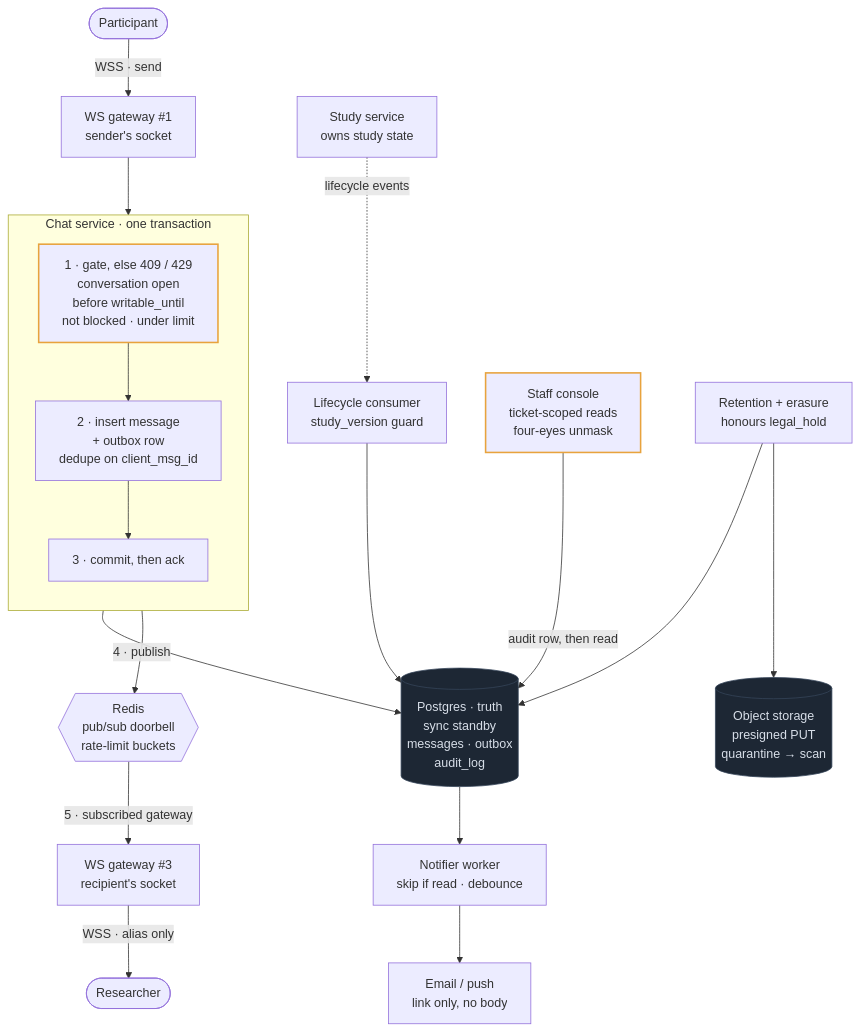
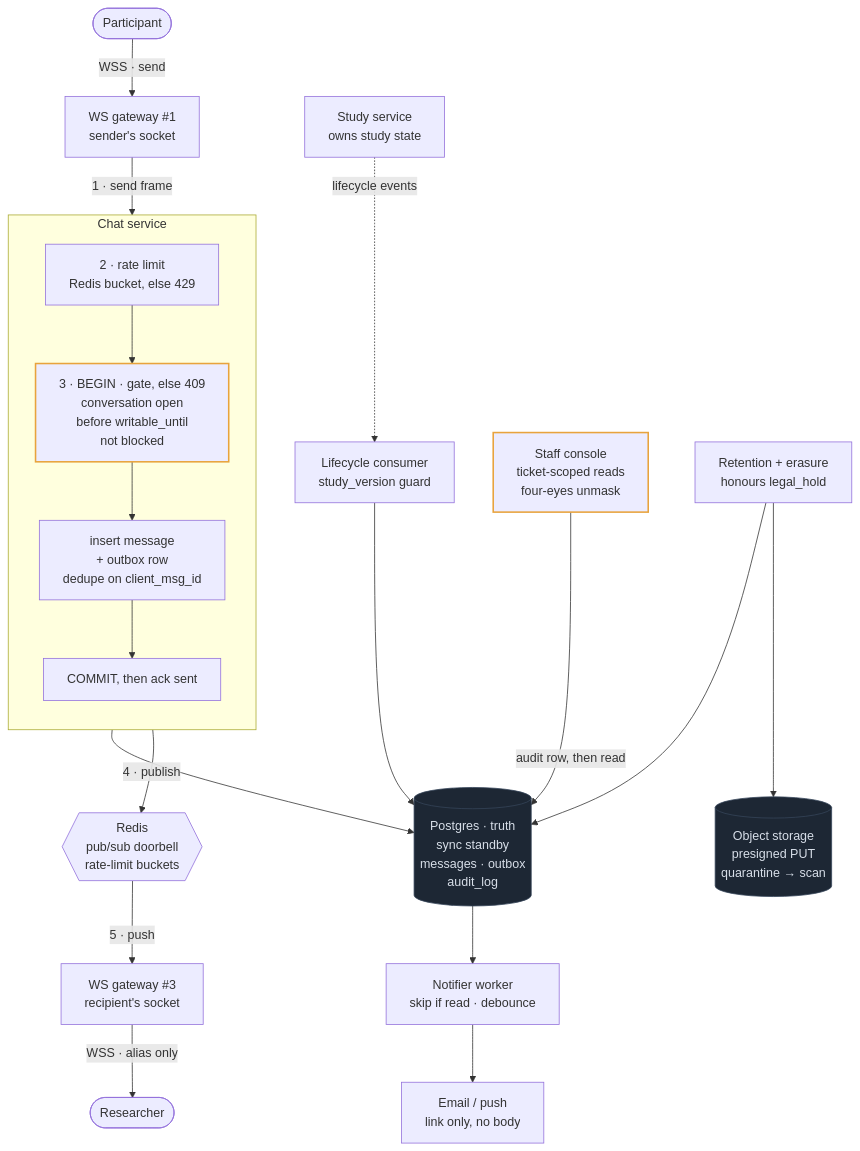
One commit to mertkahyaoglu/atlas changed the diagram in content/designs/16-researcher-participant-chat.md. Above: the diagram before and after it, drawn with Mermaid. The commit also changed other lines of this file, not shown here.

Commit message:
Align design 16 diagram steps with its text
The Mermaid diagram put the Redis rate-limit check inside the send
transaction and numbered its steps differently from the plain-text
diagram. Split the rate limit into its own step before the transaction,
number both diagrams the same way (send frame, rate limit, transaction,
publish, push), fix the gate tooltip, and match the walkthrough steps.

````diff
--- a/content/designs/16-researcher-participant-chat.md
+++ b/content/designs/16-researcher-participant-chat.md
@@ -193,43 +193,45 @@
 ```mermaid
 flowchart TB
     P([Participant]) -- "WSS · send" --> GWA["WS gateway #1<br/>sender's socket"]
-    GWA --> Gate
+    GWA -- "1 · send frame" --> Limit
 
-    subgraph SEND ["Chat service · one transaction"]
+    subgraph SEND ["Chat service"]
         direction TB
-        Gate["1 · gate, else 409 / 429<br/>conversation open<br/>before writable_until<br/>not blocked · under limit"]
-        Write["2 · insert message<br/>+ outbox row<br/>dedupe on client_msg_id"]
-        Ack["3 · commit, then ack"]
-        Gate --> Write --> Ack
+        Limit["2 · rate limit<br/>Redis bucket, else 429"]
+        Gate["3 · BEGIN · gate, else 409<br/>conversation open<br/>before writable_until<br/>not blocked"]
+        Write["insert message<br/>+ outbox row<br/>dedupe on client_msg_id"]
+        Ack["COMMIT, then ack sent"]
+        Limit --> Gate --> Write --> Ack
     end
 
     Study["Study service<br/>owns study state"] -. "lifecycle events" .-> Consumer["Lifecycle consumer<br/>study_version guard"]
     Consumer --> PG
     Write --> PG[("Postgres · truth<br/>sync standby<br/>messages · outbox<br/>audit_log")]
 
     Ack -- "4 · publish" --> Redis{{"Redis<br/>pub/sub doorbell<br/>rate-limit buckets"}}
-    Redis -- "5 · subscribed gateway" --> GWB["WS gateway #3<br/>recipient's socket"]
+    Redis -- "5 · push" --> GWB["WS gateway #3<br/>recipient's socket"]
     GWB -- "WSS · alias only" --> R([Researcher])
 
     PG --> Notifier["Notifier worker<br/>skip if read · debounce"]
     Notifier --> Email["Email / push<br/>link only, no body"]
 
     Staff["Staff console<br/>ticket-scoped reads<br/>four-eyes unmask"] -- "audit row, then read" --> PG
     Retention["Retention + erasure<br/>honours legal_hold"] --> PG
     Retention --> Obj[("Object storage<br/>presigned PUT<br/>quarantine → scan")]
 
     classDef store fill:#1d2734,stroke:#35455a,color:#d7dee8
     classDef hot stroke:#e8a33d,stroke-width:2px
     class PG,Obj store
     class Gate,Staff hot
 
     click GWA href "/docs/07-apis-and-communication" "Role: holds the sender's socket and forwards frames to the chat service.<br/>Trade-off: stateful, but three nodes with a spare is the whole scaling story here."
-    click Gate href "/docs/03-consistency-and-distributed-systems" "Role: checks study state, blocks and rate limits in the same transaction as the insert.<br/>Trade-off: state is materialized from events, so a study closure lands a few seconds late."
+    click Limit href "/docs/07-apis-and-communication" "Role: rejects a sender whose token bucket is empty, before any database work.<br/>Trade-off: one Redis round trip per send, and a Redis outage forces a fail-open or fail-closed choice."
+    click Gate href "/docs/03-consistency-and-distributed-systems" "Role: checks conversation state and blocks inside the send transaction, before the insert.<br/>Trade-off: state is materialized from events, so a study closure lands a few seconds late."
     click PG href "/docs/02-data-storage" "Role: source of truth for conversations, messages, the outbox and the audit log.<br/>Trade-off: the synchronous standby adds a little commit latency so failover never loses an acked message."
     click Redis href "/docs/05-async-messaging-and-event-driven" "Role: rings the recipient's gateway after commit and holds rate-limit buckets.<br/>Trade-off: pub/sub drops publishes nobody hears, so clients resync from Postgres on reconnect."
     click Consumer href "/docs/05-async-messaging-and-event-driven" "Role: turns study lifecycle events into conversation state.<br/>Trade-off: events repeat and reorder, so every update is guarded by study_version."
     click Notifier href "/docs/03-consistency-and-distributed-systems" "Role: drains the transactional outbox into debounced email and push.<br/>Trade-off: at-least-once, so a crash mid-send can produce a duplicate email."
     click Obj href "/docs/09-specialized-building-blocks" "Role: attachment bytes, quarantined until scanned and served through short-lived URLs.<br/>Trade-off: scanning delays an attachment's appearance by a few seconds."
     click Staff href "/docs/08-reliability-and-operations" "Role: ticket-scoped support access and audited unmasking.<br/>Trade-off: reads fail closed if the audit write fails, choosing consistency over availability."
     click Retention href "/docs/08-reliability-and-operations" "Role: enforces retention deadlines and erasure requests.<br/>Trade-off: backups can't be edited, so erasure is replayed after restores or keys are shredded."
 ```
````
